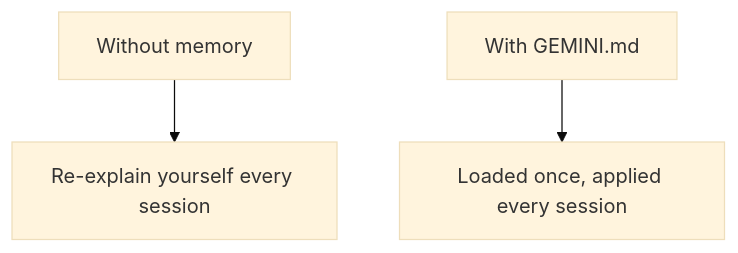
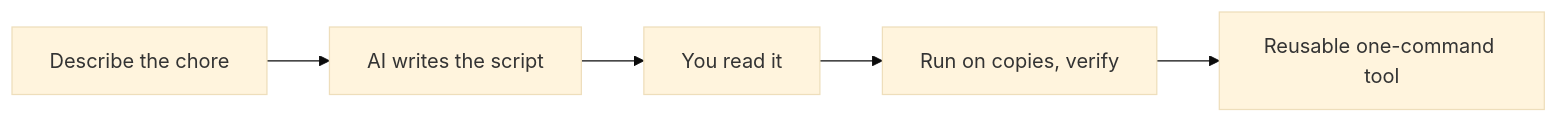
Before and after one commit to KakkoiDev/izumo-io: the diagram in content/ai/a07.md, drawn with Mermaid (base theme). The commit also changed other lines of this file and 256 other files, not shown here.

First line of the commit message:
Restructure AI course to 8 lessons; fix mermaid font clipping

````diff
--- a/content/ai/a07.md
+++ b/content/ai/a07.md
@@ -20,5 +33,7 @@
 ```mermaid
-flowchart TD
-    A[Without memory] --> B[Re-explain yourself every session]
-    C[With GEMINI.md] --> D[Loaded once, applied every session]
+flowchart LR
+    A[Describe the chore] --> B[AI writes the script]
+    B --> C[You read it]
+    C --> D[Run on copies, verify]
+    D --> E[Reusable one-command tool]
 ```
````
